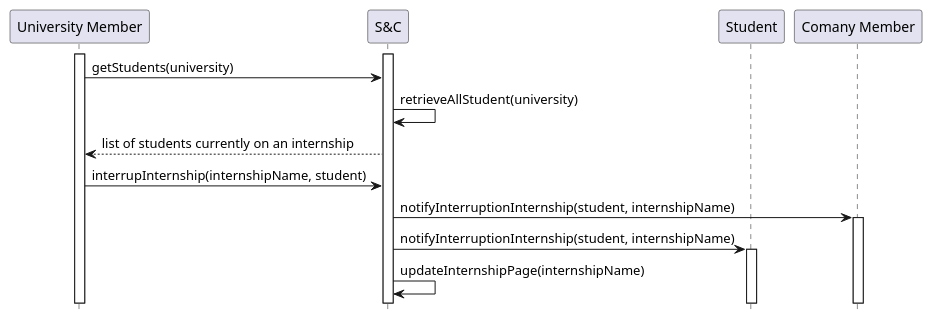
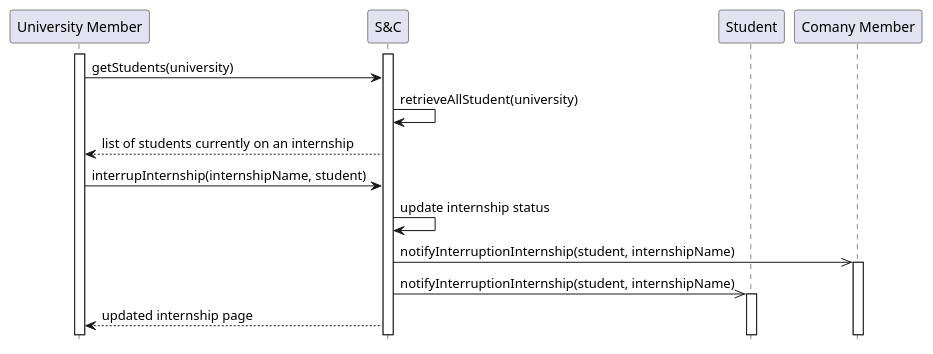
Before and after one commit to matti8702/R_and_DD_project_SE2: the diagram in RASD/Specific_requirements/uml_diagrams/UC25_diagram.puml, drawn with PlantUML. The commit also changed 12 other files, not shown here.

```diff
--- a/RASD/Specific_requirements/uml_diagrams/UC25_diagram.puml
+++ b/RASD/Specific_requirements/uml_diagrams/UC25_diagram.puml
@@ -1,21 +1,22 @@
 @startuml UC25_diagram
 hide footbox
 
 participant "University Member" as UM
 participant "S&C" AS S
 participant "Student" as ST
 participant "Comany Member" as CM
 
 activate UM
 activate S
 
 UM -> S : getStudents(university)
 S -> S  : retrieveAllStudent(university)
 S --> UM : list of students currently on an internship
 UM -> S : interrupInternship(internshipName, student)
-S -> CM  : notifyInterruptionInternship(student, internshipName) 
+S -> S :  update internship status
+S ->> CM  : notifyInterruptionInternship(student, internshipName) 
 activate CM
-S -> ST  : notifyInterruptionInternship(student, internshipName) 
+S ->> ST  : notifyInterruptionInternship(student, internshipName) 
 activate ST
-S -> S : updateInternshipPage(internshipName)
+S --> UM : updated internship page
 @enduml
```
